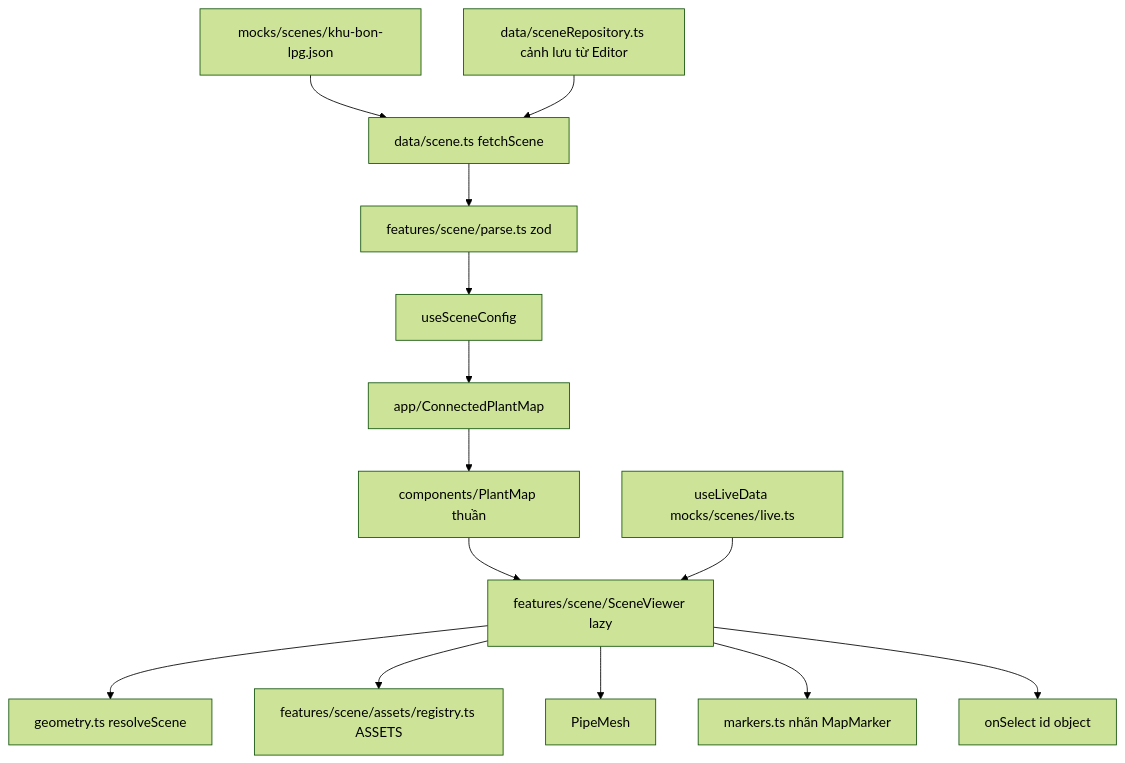
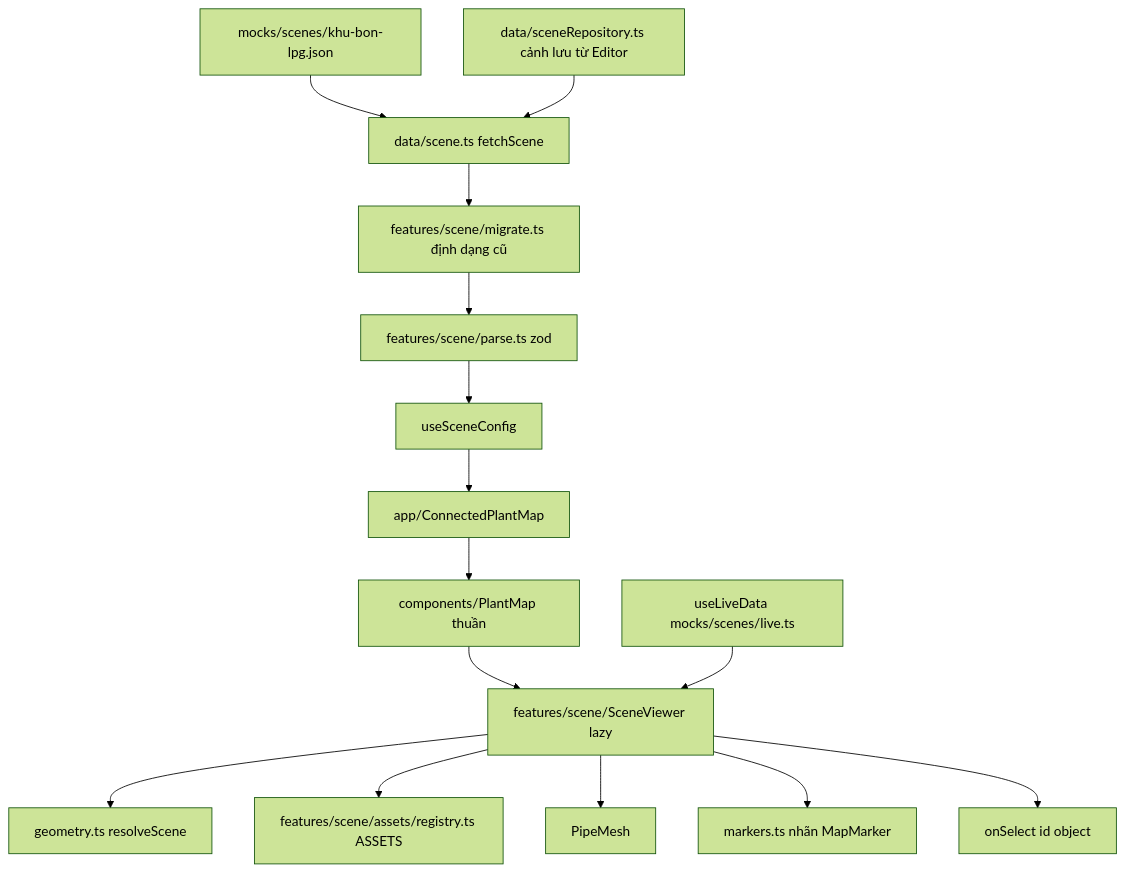
The fifth of 7 diagrams in GUIDE.md (tuanpq-dev/demo-lpg), drawn with Mermaid (forest theme) before and after one commit. The commit also changed other lines of this file and 2 other files, not shown here.

````diff
--- a/GUIDE.md
+++ b/GUIDE.md
@@ -226,16 +226,17 @@
 ```mermaid
 flowchart TD
   JSON["mocks/scenes/khu-bon-lpg.json"] --> FETCH["data/scene.ts fetchScene"]
   REPO["data/sceneRepository.ts cảnh lưu từ Editor"] --> FETCH
-  FETCH --> ZOD["features/scene/parse.ts zod"]
+  FETCH --> MIG["features/scene/migrate.ts định dạng cũ"]
+  MIG --> ZOD["features/scene/parse.ts zod"]
   ZOD --> HOOK["useSceneConfig"]
   HOOK --> CPM["app/ConnectedPlantMap"]
   CPM --> PM["components/PlantMap thuần"]
   PM --> SV["features/scene/SceneViewer lazy"]
   SV --> GEO["geometry.ts resolveScene"]
   SV --> REG["features/scene/assets/registry.ts ASSETS"]
   SV --> PIPE["PipeMesh"]
   SV --> MARK["markers.ts nhãn MapMarker"]
   LIVE["useLiveData mocks/scenes/live.ts"] --> SV
   SV --> SEL["onSelect id object"]
 ```
````
